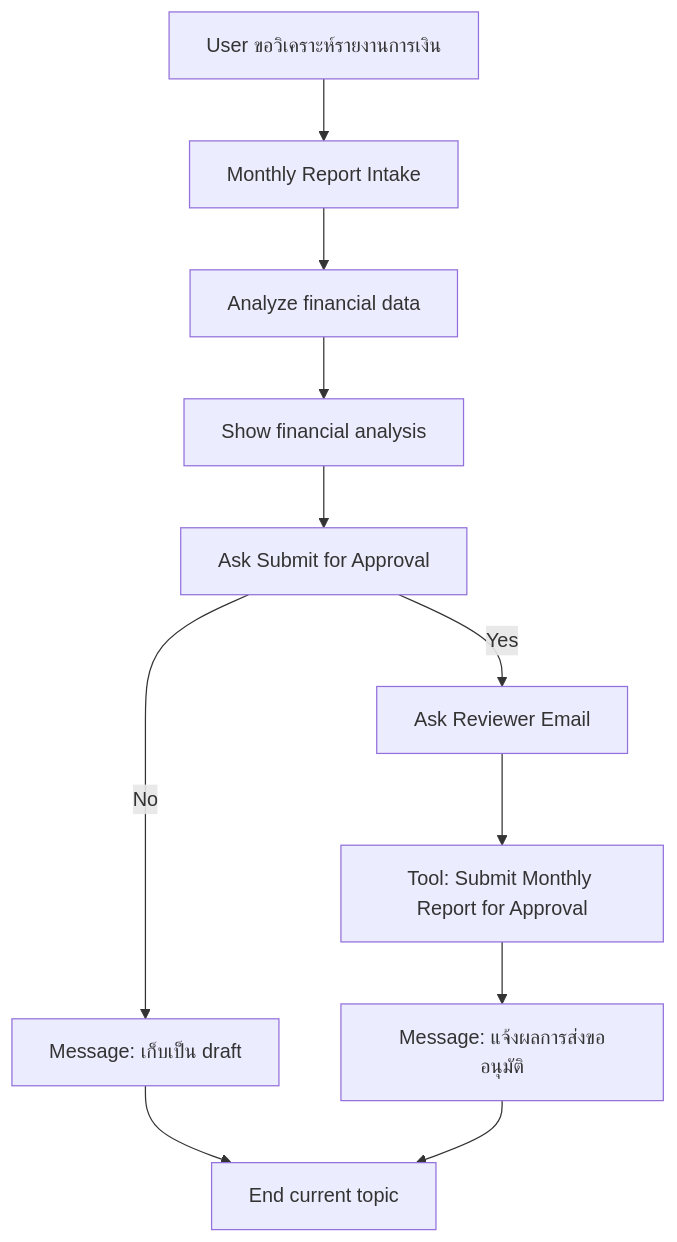
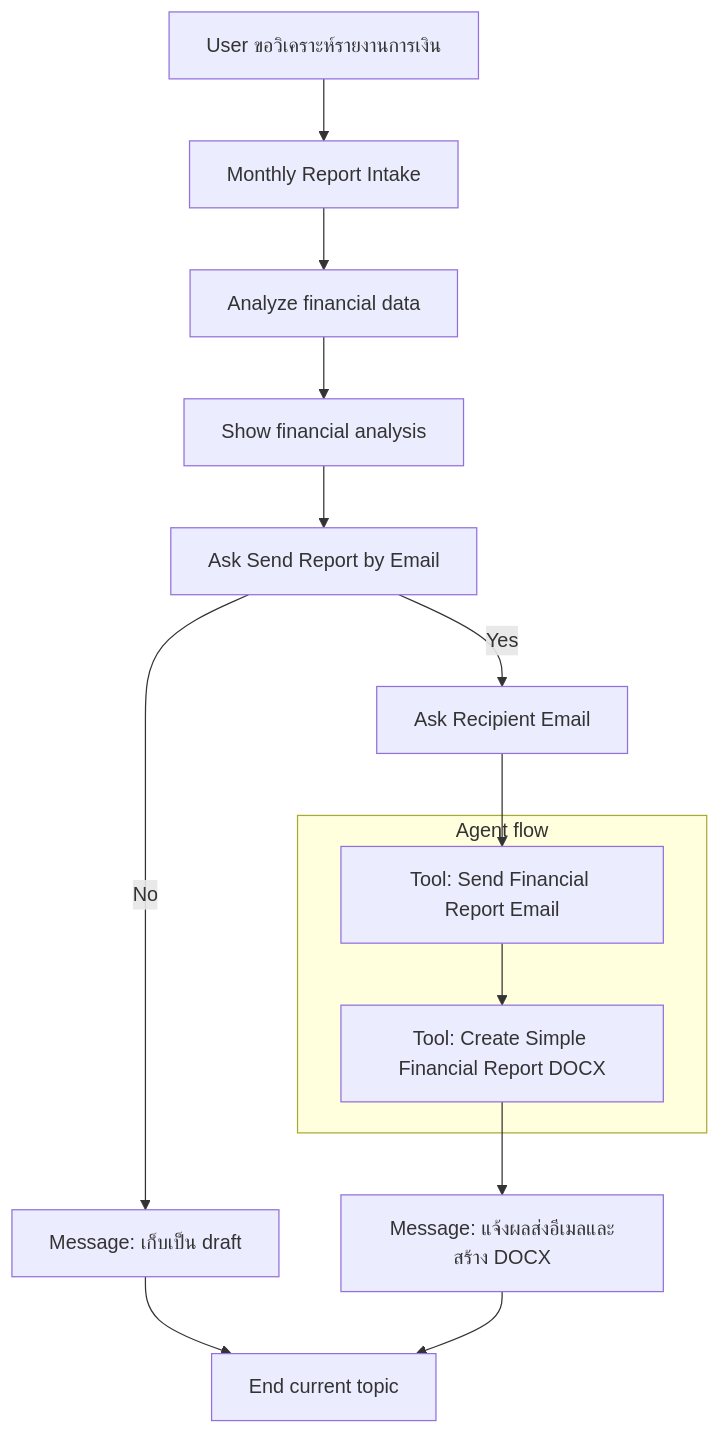
The diagram in exercises/module-4/exercise-2-approval-flow-action/README.md (teerasej/SET-ai-creation-public), drawn with Mermaid before and after one commit. The commit also changed other lines of this file and 14 other files, not shown here.

````diff
--- a/exercises/module-4/exercise-2-approval-flow-action/README.md
+++ b/exercises/module-4/exercise-2-approval-flow-action/README.md
@@ -9,13 +9,20 @@
 ```mermaid
 flowchart TD
     A[User ขอวิเคราะห์รายงานการเงิน] --> B[Monthly Report Intake]
     B --> C[Analyze financial data]
     C --> D[Show financial analysis]
-    D --> E[Ask Submit for Approval]
+   D --> E[Ask Send Report by Email]
     E -->|No| F[Message: เก็บเป็น draft]
-    E -->|Yes| G[Ask Reviewer Email]
-    G --> H[Tool: Submit Monthly Report for Approval]
-    H --> I[Message: แจ้งผลการส่งขออนุมัติ]
+   E -->|Yes| G[Ask Recipient Email]
+
+   subgraph AGENT_FLOW[Agent flow]
+      H[Tool: Send Financial Report Email]
+      I[Tool: Create Simple Financial Report DOCX]
+      H --> I
+   end
+
+   G --> H
+   I --> K[Message: แจ้งผลส่งอีเมลและสร้าง DOCX]
     F --> J[End current topic]
-    I --> J
+   K --> J
 ```
````
